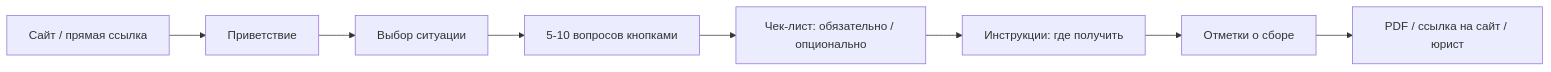
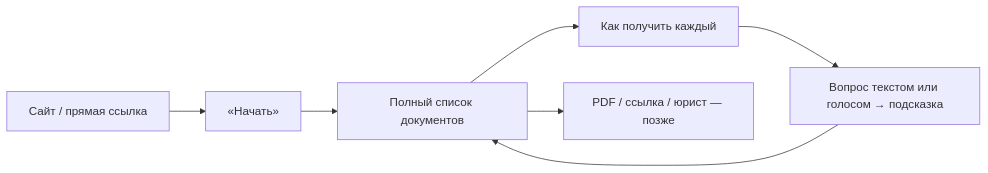
One commit to IvanBurtsev/Helpmax changed the diagram in docs/product.md. Above: the diagram before and after it, drawn with Mermaid. The commit also changed other lines of this file and 38 other files, not shown here.

````diff
--- a/docs/product.md
+++ b/docs/product.md
@@ -24,10 +24,9 @@
 ```mermaid
 flowchart LR
-  A[Сайт / прямая ссылка] --> B[Приветствие]
-  B --> C[Выбор ситуации]
-  C --> D[5-10 вопросов кнопками]
-  D --> E[Чек-лист: обязательно / опционально]
-  E --> F[Инструкции: где получить]
-  F --> G[Отметки о сборе]
-  G --> H[PDF / ссылка на сайт / юрист]
+  A[Сайт / прямая ссылка] --> B[«Начать»]
+  B --> C[Полный список документов]
+  C --> D[Как получить каждый]
+  D --> E[Вопрос текстом или голосом → подсказка]
+  E --> C
+  C --> F[PDF / ссылка / юрист — позже]
 ```
````
